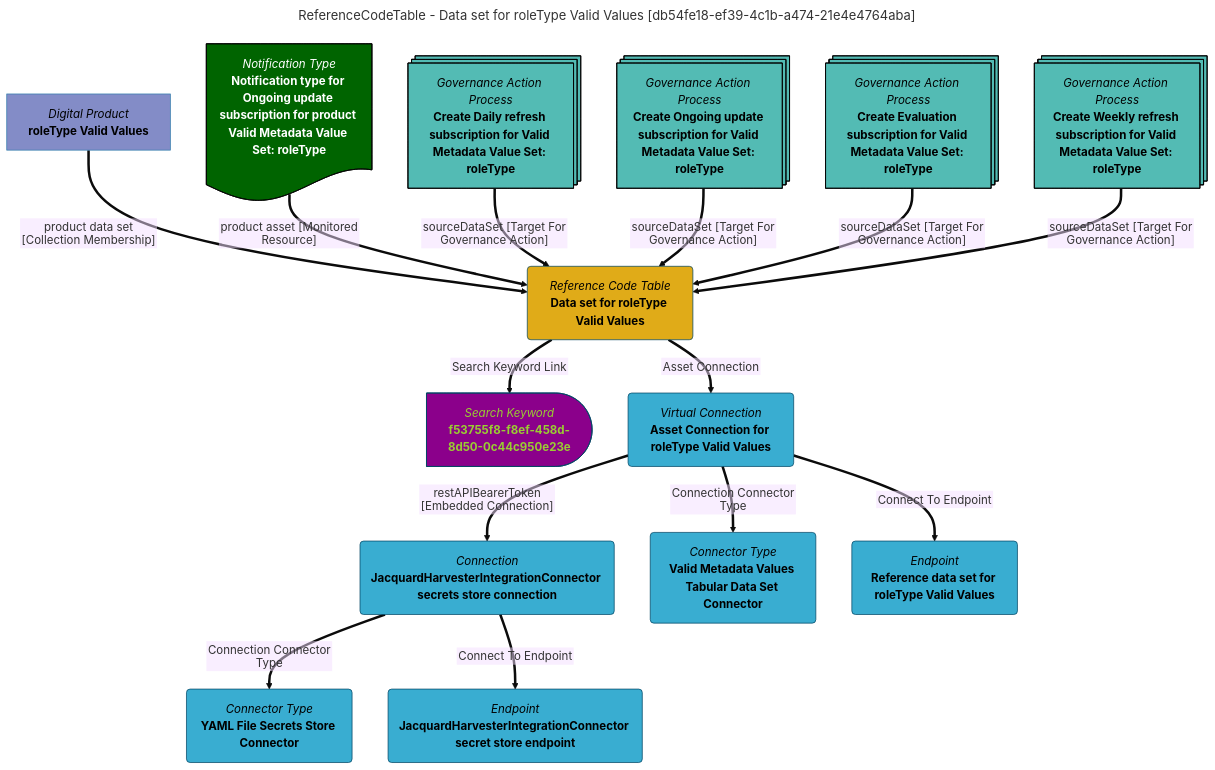
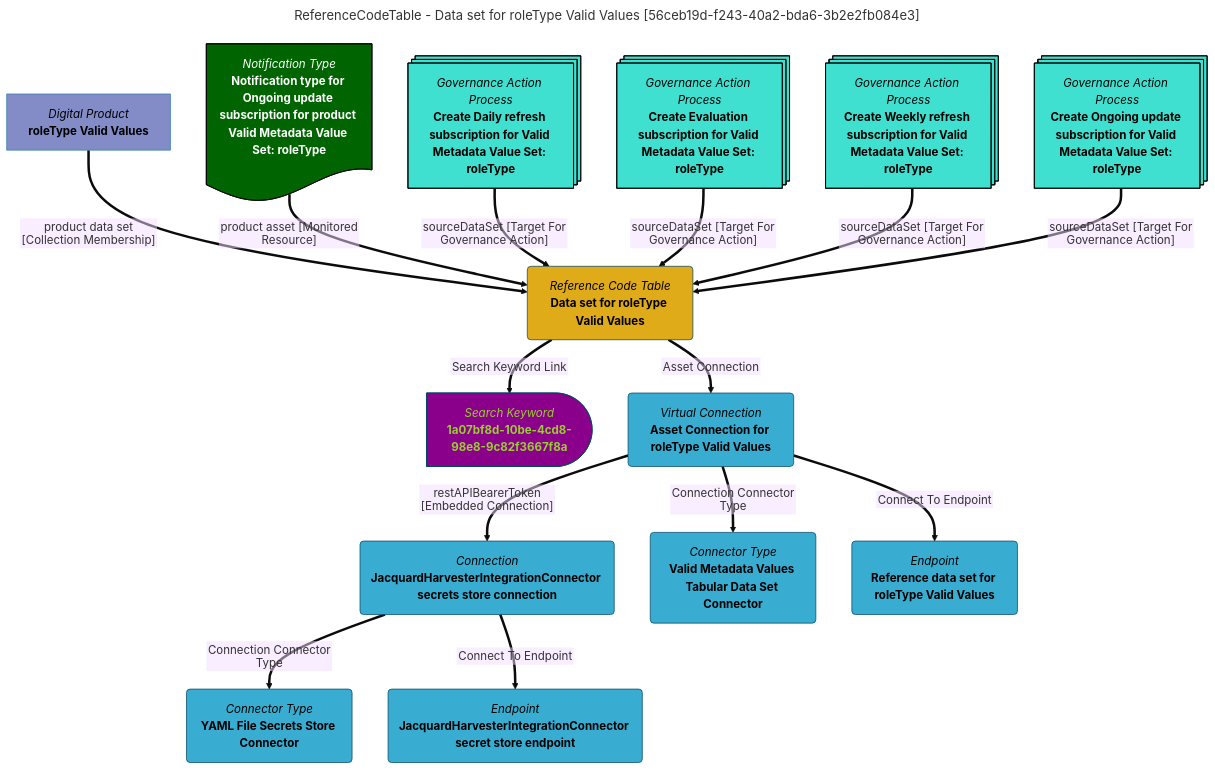
Before and after one commit to odpi/egeria-docs: the diagram in site/snippets/data-assets/data-set-for-roletype-valid-values-mermaid-graph.md, drawn with Mermaid (base theme). The commit also changed 2201 other files, not shown here.

````diff
--- a/site/snippets/data-assets/data-set-for-roletype-valid-values-mermaid-graph.md
+++ b/site/snippets/data-assets/data-set-for-roletype-valid-values-mermaid-graph.md
@@ -1,63 +1,63 @@
 ```mermaid
 ---
-title: ReferenceCodeTable - Data set for roleType Valid Values [db54fe18-ef39-4c1b-a474-21e4e4764aba]
+title: ReferenceCodeTable - Data set for roleType Valid Values [56ceb19d-f243-40a2-bda6-3b2e2fb084e3]
 ---
 flowchart TD
 %%{init: {"flowchart": {"htmlLabels": false}} }%%
 
 1@{ shape: rounded, label: "*Reference Code Table*
 **Data set for roleType Valid Values**"}
 2@{ shape: delay, label: "*Search Keyword*
-**f53755f8-f8ef-458d-8d50-0c44c950e23e**"}
+**1a07bf8d-10be-4cd8-98e8-9c82f3667f8a**"}
 1==>|"Search Keyword Link"|2
 3@{ shape: rect, label: "*Digital Product*
 **roleType Valid Values**"}
 3==>|"product data set [Collection Membership]"|1
 4@{ shape: rounded, label: "*Virtual Connection*
 **Asset Connection for roleType Valid Values**"}
 1==>|"Asset Connection"|4
 5@{ shape: rounded, label: "*Connection*
 **JacquardHarvesterIntegrationConnector secrets store connection**"}
 4==>|"restAPIBearerToken [Embedded Connection]"|5
 6@{ shape: rounded, label: "*Connector Type*
 **YAML File Secrets Store Connector**"}
 5==>|"Connection Connector Type"|6
 7@{ shape: rounded, label: "*Endpoint*
 **JacquardHarvesterIntegrationConnector secret store endpoint**"}
 5==>|"Connect To Endpoint"|7
 8@{ shape: rounded, label: "*Connector Type*
 **Valid Metadata Values Tabular Data Set Connector**"}
 4==>|"Connection Connector Type"|8
 9@{ shape: rounded, label: "*Endpoint*
 **Reference data set for roleType Valid Values**"}
 4==>|"Connect To Endpoint"|9
 10@{ shape: doc, label: "*Notification Type*
 **Notification type for Ongoing update subscription for product Valid Metadata Value Set: roleType**"}
 10==>|"product asset [Monitored Resource]"|1
 11@{ shape: processes, label: "*Governance Action Process*
 **Create Daily refresh subscription for Valid Metadata Value Set: roleType**"}
 11==>|"sourceDataSet [Target For Governance Action]"|1
 12@{ shape: processes, label: "*Governance Action Process*
-**Create Ongoing update subscription for Valid Metadata Value Set: roleType**"}
+**Create Evaluation subscription for Valid Metadata Value Set: roleType**"}
 12==>|"sourceDataSet [Target For Governance Action]"|1
 13@{ shape: processes, label: "*Governance Action Process*
-**Create Evaluation subscription for Valid Metadata Value Set: roleType**"}
+**Create Weekly refresh subscription for Valid Metadata Value Set: roleType**"}
 13==>|"sourceDataSet [Target For Governance Action]"|1
 14@{ shape: processes, label: "*Governance Action Process*
-**Create Weekly refresh subscription for Valid Metadata Value Set: roleType**"}
+**Create Ongoing update subscription for Valid Metadata Value Set: roleType**"}
 14==>|"sourceDataSet [Target For Governance Action]"|1
-style 11 color:#000000, fill:#53bbb4, stroke:#000000
-style 12 color:#000000, fill:#53bbb4, stroke:#000000
-style 13 color:#000000, fill:#53bbb4, stroke:#000000
-style 14 color:#000000, fill:#53bbb4, stroke:#000000
+style 11 color:#000000, fill:#40E0D0, stroke:#000000
+style 12 color:#000000, fill:#40E0D0, stroke:#000000
+style 13 color:#000000, fill:#40E0D0, stroke:#000000
+style 14 color:#000000, fill:#40E0D0, stroke:#000000
 style 1 color:#000000, fill:#e0ab18, stroke:#004563
-style 2 color:#9acd32, fill:#8b008b, stroke:#004563
+style 2 color:#9ACD32, fill:#8B008B, stroke:#004563
 style 3 color:#000000, fill:#838cc7, stroke:#3079ab
 style 4 color:#000000, fill:#39add1, stroke:#004563
 style 5 color:#000000, fill:#39add1, stroke:#004563
 style 6 color:#000000, fill:#39add1, stroke:#004563
 style 7 color:#000000, fill:#39add1, stroke:#004563
 style 8 color:#000000, fill:#39add1, stroke:#004563
 style 9 color:#000000, fill:#39add1, stroke:#004563
 style 10 color:#FFFFFF, fill:#006400, stroke:#000000
 ```
````
